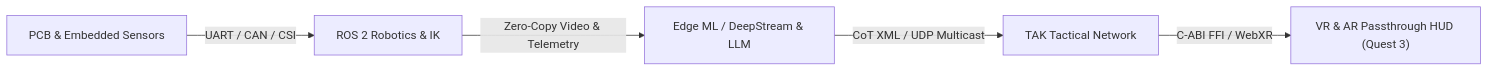
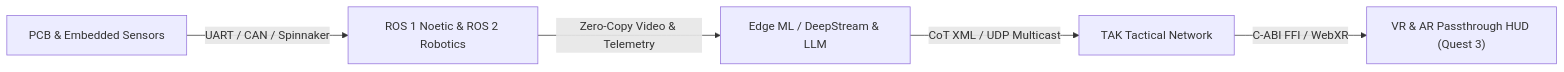
Before and after one commit to gokselozgur5/gokselozgur5: the diagram in README.md, drawn with Mermaid. The commit also changed other lines of this file, not shown here.

Commit message:
docs(profile): add ROS 1 Noetic, ros1_bridge migration, and FLIR Spinnaker (#2)

````diff
--- a/README.md
+++ b/README.md
@@ -5,7 +5,7 @@
 ```mermaid
 flowchart LR
-    HW["PCB & Embedded Sensors"] -->|UART / CAN / CSI| ROS["ROS 2 Robotics & IK"]
+    HW["PCB & Embedded Sensors"] -->|UART / CAN / Spinnaker| ROS["ROS 1 Noetic & ROS 2 Robotics"]
     ROS -->|Zero-Copy Video & Telemetry| CV["Edge ML / DeepStream & LLM"]
     CV -->|CoT XML / UDP Multicast| TAK["TAK Tactical Network"]
     TAK -->|C-ABI FFI / WebXR| XR["VR & AR Passthrough HUD (Quest 3)"]
 ```
````
